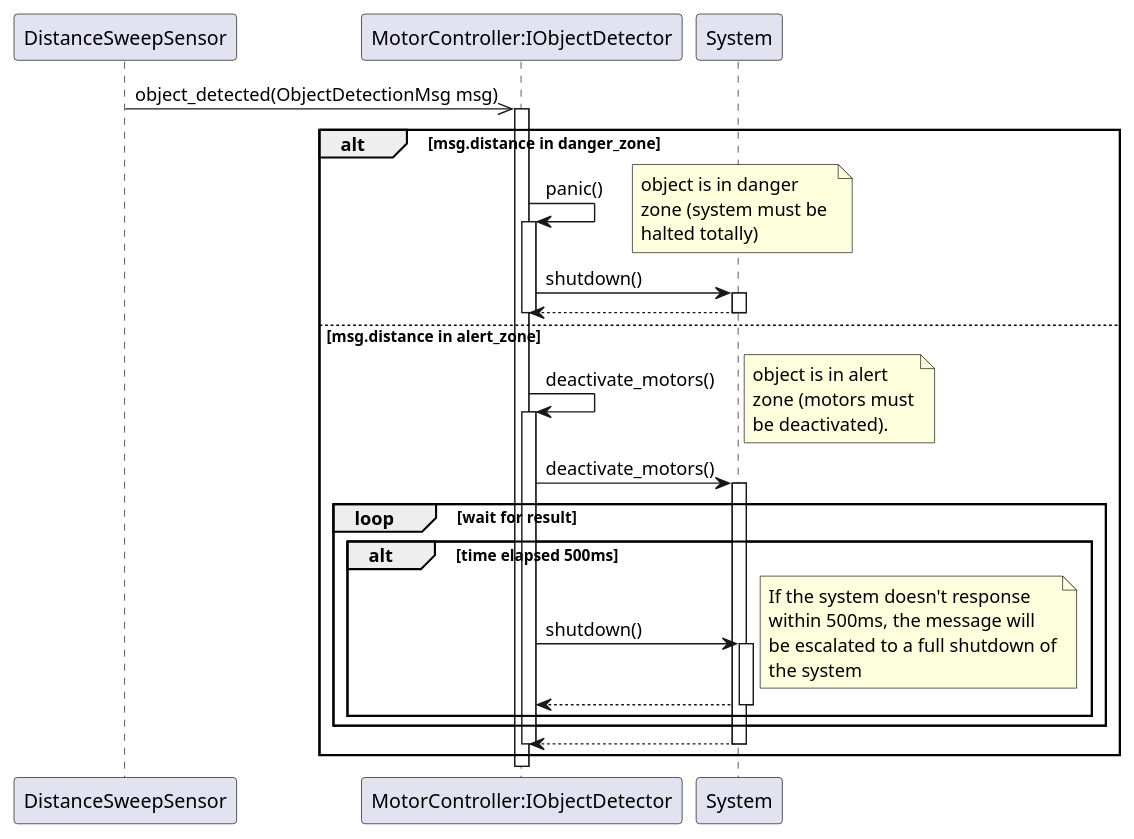
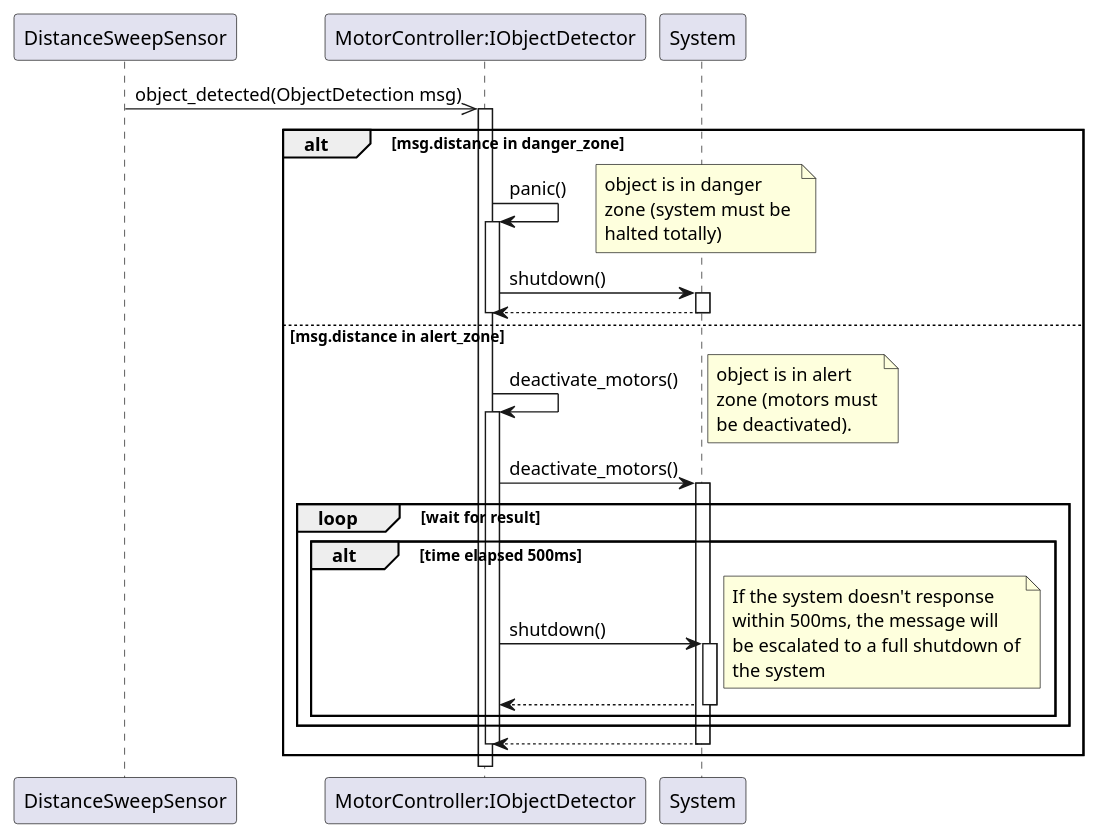
One commit to jvisch/jvr changed the diagram in design/components.trace.plantuml. Above: the diagram before and after it, drawn with PlantUML. The commit also changed 8 other files, not shown here.

```diff
--- a/design/components.trace.plantuml
+++ b/design/components.trace.plantuml
@@ -1,64 +1,64 @@
 @startuml Component Trace
 
 
 participant sensor as "DistanceSweepSensor"
 participant MotorController as "MotorController:IObjectDetector"
 participant system as "System"
 
-sensor ->> MotorController : object_detected(ObjectDetectionMsg msg)
+sensor ->> MotorController : object_detected(ObjectDetection msg)
 activate MotorController
 
 alt msg.distance in danger_zone
     MotorController -> MotorController : panic()
     
     note right
     object is in danger 
     zone (system must be 
     halted totally)
     end note
 
     activate MotorController
     MotorController -> system : shutdown()
     activate system
     MotorController <-- system
     deactivate system
     deactivate MotorController
 else msg.distance in alert_zone
     ' object is in alert zone (motors must be deactivated)
     MotorController -> MotorController : deactivate_motors()
     
     note right
     object is in alert 
     zone (motors must
     be deactivated).
     end note
 
     activate MotorController
     MotorController -> system : deactivate_motors()
     activate system
     ' the system must response withing 500ms, otherwise
     ' the total system will be shutdown
     loop wait for result
         alt time elapsed 500ms
         
             MotorController -> system : shutdown()
         
             note right
             If the system doesn't response
             within 500ms, the message will
             be escalated to a full shutdown of
             the system
             end note
 
             activate system
             MotorController <-- system
             deactivate system 
         end
     end
     system ---> MotorController
     deactivate system
     deactivate MotorController
 end
 
 
 @enduml
```
